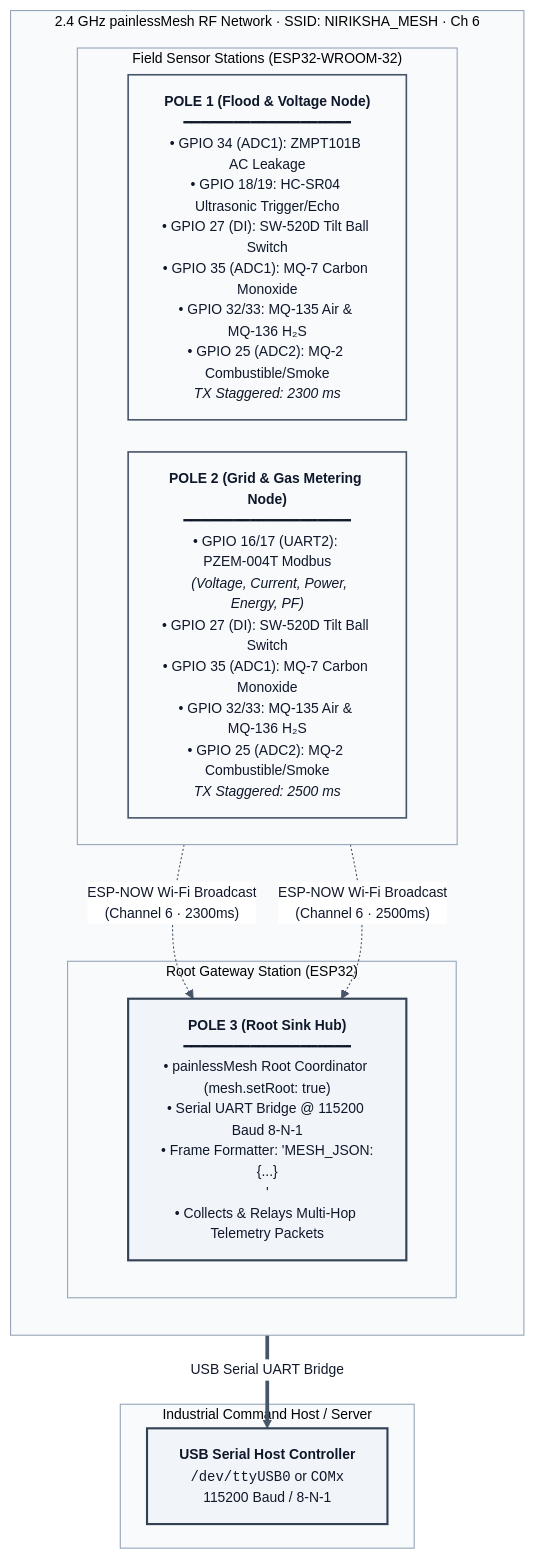
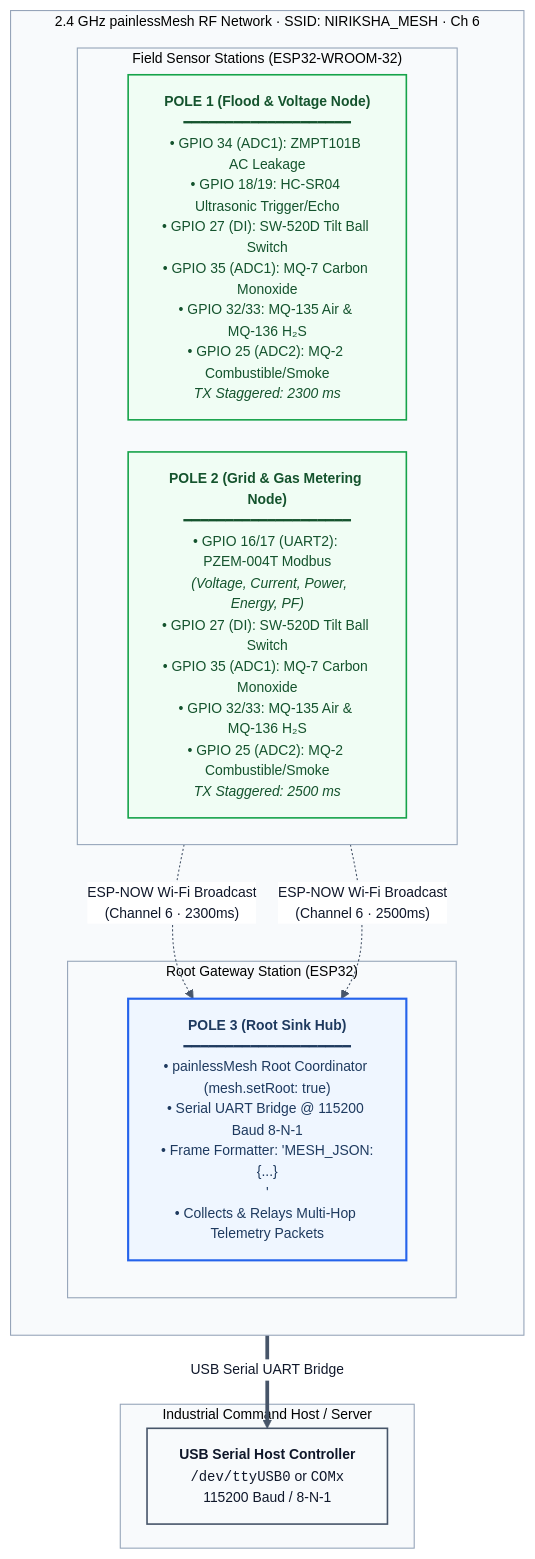
Before and after one commit to MadhavK3/niriksha: the first of 2 diagrams in docs/02_HARDWARE_AND_MESH.md, drawn with Mermaid. The commit also changed other lines of this file and 10 other files, not shown here.

Commit message:
docs: overhaul architecture diagrams to semantic monochromatic Mermaid flowcharts

````diff
--- a/docs/02_HARDWARE_AND_MESH.md
+++ b/docs/02_HARDWARE_AND_MESH.md
@@ -11,47 +11,49 @@
 ```mermaid
 %%{init: {
   "theme": "base",
   "themeVariables": {
     "fontFamily": "Inter, Segoe UI, -apple-system, BlinkMacSystemFont, Roboto, sans-serif",
     "fontSize": "13px",
     "primaryColor": "#ffffff",
     "primaryBorderColor": "#64748b",
     "primaryTextColor": "#0f172a",
     "lineColor": "#475569",
     "clusterBkg": "#f8fafc",
     "clusterBorder": "#94a3b8"
   },
   "flowchart": { "curve": "basis", "htmlLabels": true, "nodeSpacing": 30, "rankSpacing": 45 }
 } }%%
 flowchart TB
     subgraph MESH["2.4 GHz painlessMesh RF Network · SSID: NIRIKSHA_MESH · Ch 6"]
         direction TB
 
         subgraph NODES["Field Sensor Stations (ESP32-WROOM-32)"]
             direction LR
             P1["<b>POLE 1 (Flood &amp; Voltage Node)</b><br/>━━━━━━━━━━━━━━━━━━━━<br/>• GPIO 34 (ADC1): ZMPT101B AC Leakage<br/>• GPIO 18/19: HC‑SR04 Ultrasonic Trigger/Echo<br/>• GPIO 27 (DI): SW‑520D Tilt Ball Switch<br/>• GPIO 35 (ADC1): MQ‑7 Carbon Monoxide<br/>• GPIO 32/33: MQ‑135 Air &amp; MQ‑136 H₂S<br/>• GPIO 25 (ADC2): MQ‑2 Combustible/Smoke<br/><i>TX Staggered: 2300 ms</i>"]
 
             P2["<b>POLE 2 (Grid &amp; Gas Metering Node)</b><br/>━━━━━━━━━━━━━━━━━━━━<br/>• GPIO 16/17 (UART2): PZEM‑004T Modbus<br/>  <i>(Voltage, Current, Power, Energy, PF)</i><br/>• GPIO 27 (DI): SW‑520D Tilt Ball Switch<br/>• GPIO 35 (ADC1): MQ‑7 Carbon Monoxide<br/>• GPIO 32/33: MQ‑135 Air &amp; MQ‑136 H₂S<br/>• GPIO 25 (ADC2): MQ‑2 Combustible/Smoke<br/><i>TX Staggered: 2500 ms</i>"]
         end
 
         subgraph GATEWAY["Root Gateway Station (ESP32)"]
             P3["<b>POLE 3 (Root Sink Hub)</b><br/>━━━━━━━━━━━━━━━━━━━━<br/>• painlessMesh Root Coordinator (mesh.setRoot: true)<br/>• Serial UART Bridge @ 115200 Baud 8‑N‑1<br/>• Frame Formatter: 'MESH_JSON:{...}\n'<br/>• Collects &amp; Relays Multi-Hop Telemetry Packets"]
         end
 
         P1 -.->|"ESP-NOW Wi-Fi Broadcast<br/>(Channel 6 · 2300ms)"| P3
         P2 -.->|"ESP-NOW Wi-Fi Broadcast<br/>(Channel 6 · 2500ms)"| P3
     end
 
     subgraph HOST["Industrial Command Host / Server"]
         COM["<b>USB Serial Host Controller</b><br/><code>/dev/ttyUSB0</code> or <code>COMx</code><br/>115200 Baud / 8-N-1"]
     end
 
     P3 ==>|"USB Serial UART Bridge"| COM
 
     classDef default fill:#ffffff,stroke:#64748b,stroke-width:1px,color:#0f172a;
-    classDef nodeCard fill:#f8fafc,stroke:#475569,stroke-width:1.5px,color:#0f172a;
-    classDef hubCard fill:#f1f5f9,stroke:#334155,stroke-width:2px,color:#0f172a;
+    classDef nodeSafe fill:#f0fdf4,stroke:#16a34a,stroke-width:1.5px,color:#14532d;
+    classDef nodeHub fill:#eff6ff,stroke:#2563eb,stroke-width:2px,color:#1e3a5f;
+    classDef nodeHost fill:#f8fafc,stroke:#475569,stroke-width:1.5px,color:#0f172a;
 
-    class P1,P2 nodeCard;
-    class P3,COM hubCard;
+    class P1,P2 nodeSafe;
+    class P3 nodeHub;
+    class COM nodeHost;
 ```
````
